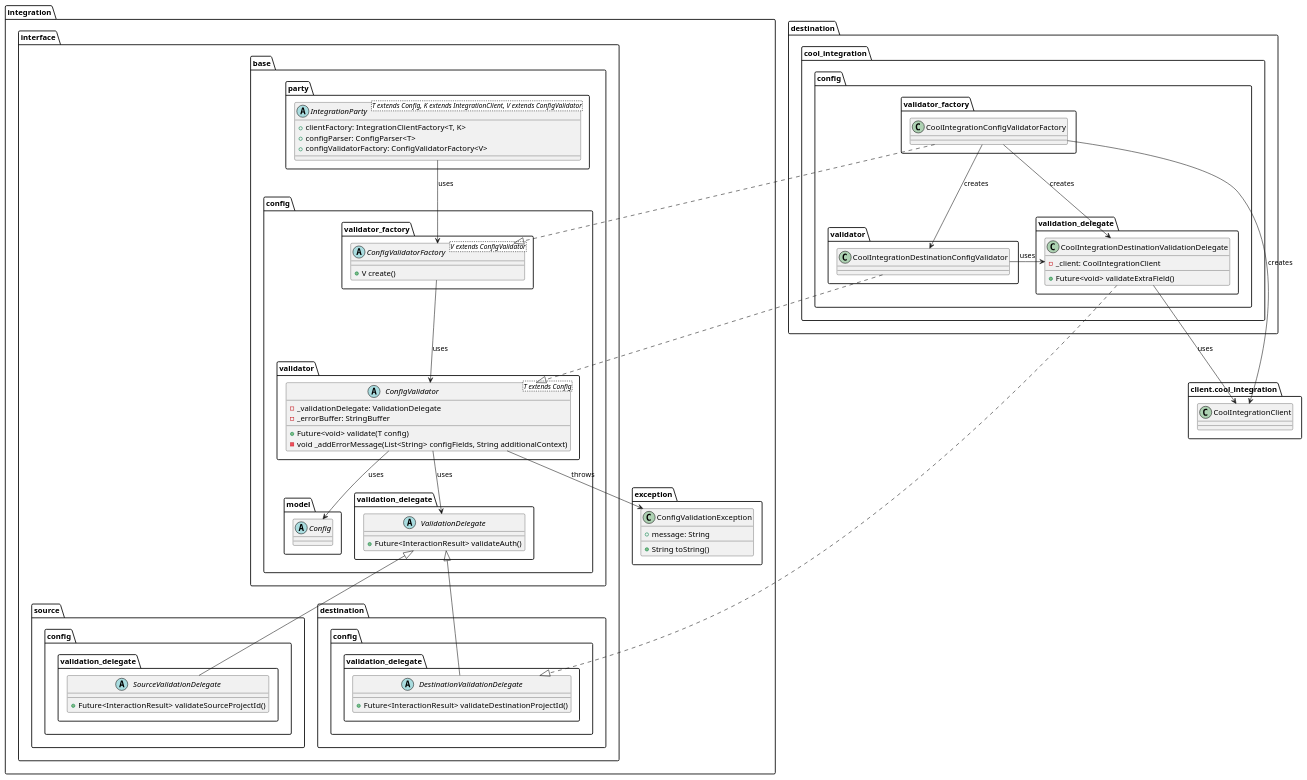
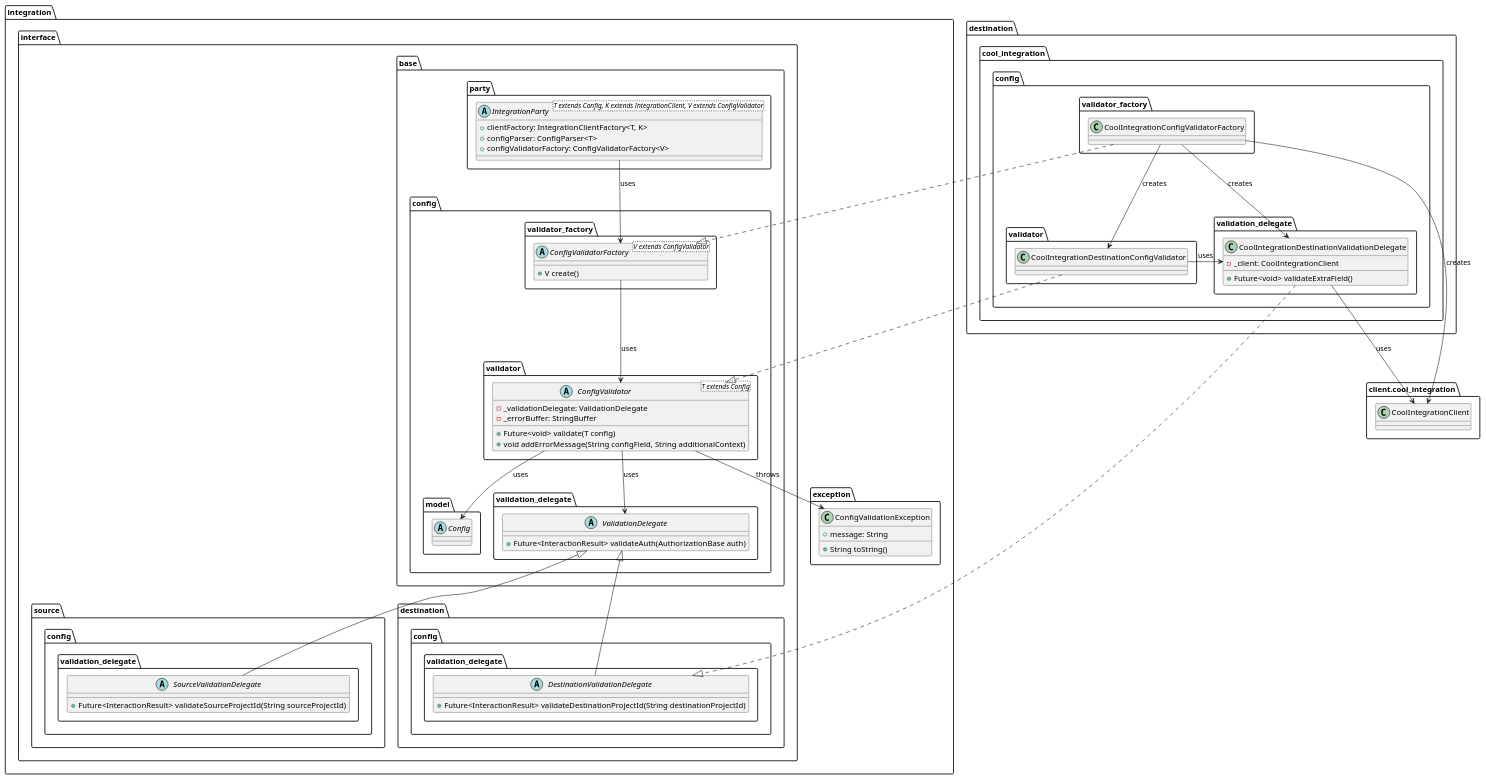
One commit to Flank/flank-dashboard changed the diagram in metrics/ci_integrations/docs/diagrams/ci_integrations_config_validator_class_diagram.puml. Above: the diagram before and after it, drawn with PlantUML. The commit also changed 2 other files, not shown here.

Commit message:
Extend sequence diagram, minor improvements

```diff
--- a/metrics/ci_integrations/docs/diagrams/ci_integrations_config_validator_class_diagram.puml
+++ b/metrics/ci_integrations/docs/diagrams/ci_integrations_config_validator_class_diagram.puml
@@ -1,107 +1,107 @@
 @startuml ci_integrations_config_validator_class_diagram
 
     package integration {
         package interface {
             package base {
                 package party {
                     abstract class IntegrationParty<T extends Config, K extends IntegrationClient, V extends ConfigValidator> {
                         + clientFactory: IntegrationClientFactory<T, K>
                         + configParser: ConfigParser<T>
                         + configValidatorFactory: ConfigValidatorFactory<V>
                     }
                 }
 
                 package config {
                     package model {
                         abstract class Config {}
                     }
 
                     package validator {
                         abstract class ConfigValidator<T extends Config> {
                             - _validationDelegate: ValidationDelegate 
                             - _errorBuffer: StringBuffer
                             + Future<void> validate(T config)
-                            - void _addErrorMessage(List<String> configFields, String additionalContext)
+                            + void addErrorMessage(String configField, String additionalContext)
                         }
                     }
 
                     package validation_delegate as base_validation_delegate {
                         abstract class ValidationDelegate {
-                            + Future<InteractionResult> validateAuth()
+                            + Future<InteractionResult> validateAuth(AuthorizationBase auth)
                         }
                     }
 
                     package validator_factory {
                         abstract class ConfigValidatorFactory<V extends ConfigValidator> {
                             + V create()
                         }
                     }
                 }
             }
 
             package source.config.validation_delegate {
                 abstract class SourceValidationDelegate {
-                    + Future<InteractionResult> validateSourceProjectId()
+                    + Future<InteractionResult> validateSourceProjectId(String sourceProjectId)
                 }
             }
 
             package destination.config.validation_delegate {
                 abstract class DestinationValidationDelegate {
-                    + Future<InteractionResult> validateDestinationProjectId()
+                    + Future<InteractionResult> validateDestinationProjectId(String destinationProjectId)
                 }
             }
         }
 
         package exception {
             class ConfigValidationException {
                 + message: String
                 + String toString()
             }
         }
     }
 
     package destination.cool_integration {
         package config as cool_integration_config {
             package validator as cool_integration_validator {
                 class CoolIntegrationDestinationConfigValidator {}
             }
 
             package validator_factory as cool_integration_validator_validator_factory {
                 class CoolIntegrationConfigValidatorFactory {}
             }
 
             package validation_delegate {
                 class CoolIntegrationDestinationValidationDelegate {
                     - _client: CoolIntegrationClient
                     + Future<void> validateExtraField()
                 }
             }
         }
     }
 
      package client.cool_integration as client_cool_integration {
         class CoolIntegrationClient {}
     }
 
     IntegrationParty --> ConfigValidatorFactory : uses
 
     ConfigValidatorFactory --> ConfigValidator : uses
 
     ConfigValidator --> ValidationDelegate : uses
     ConfigValidator --> ConfigValidationException : throws
     ConfigValidator --> Config : uses
 
     SourceValidationDelegate --up|> ValidationDelegate
     DestinationValidationDelegate --up|> ValidationDelegate
 
     CoolIntegrationDestinationValidationDelegate ..|> DestinationValidationDelegate
 
     CoolIntegrationDestinationConfigValidator ..|> ConfigValidator
     CoolIntegrationDestinationConfigValidator -left-> CoolIntegrationDestinationValidationDelegate : uses
     CoolIntegrationDestinationValidationDelegate -down-> CoolIntegrationClient : uses
     CoolIntegrationConfigValidatorFactory ..|> ConfigValidatorFactory
     CoolIntegrationConfigValidatorFactory --> CoolIntegrationDestinationConfigValidator : creates
     CoolIntegrationConfigValidatorFactory --> CoolIntegrationClient : creates
     CoolIntegrationConfigValidatorFactory --> CoolIntegrationDestinationValidationDelegate : creates
 
 @enduml
```
